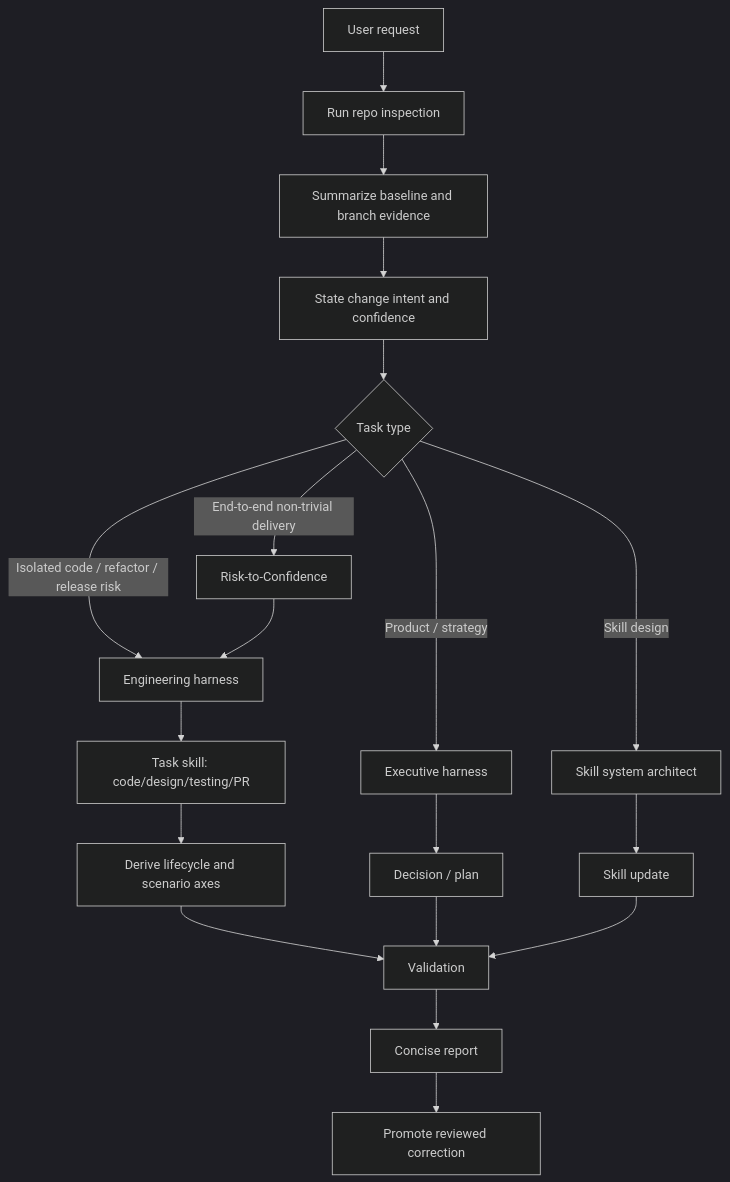
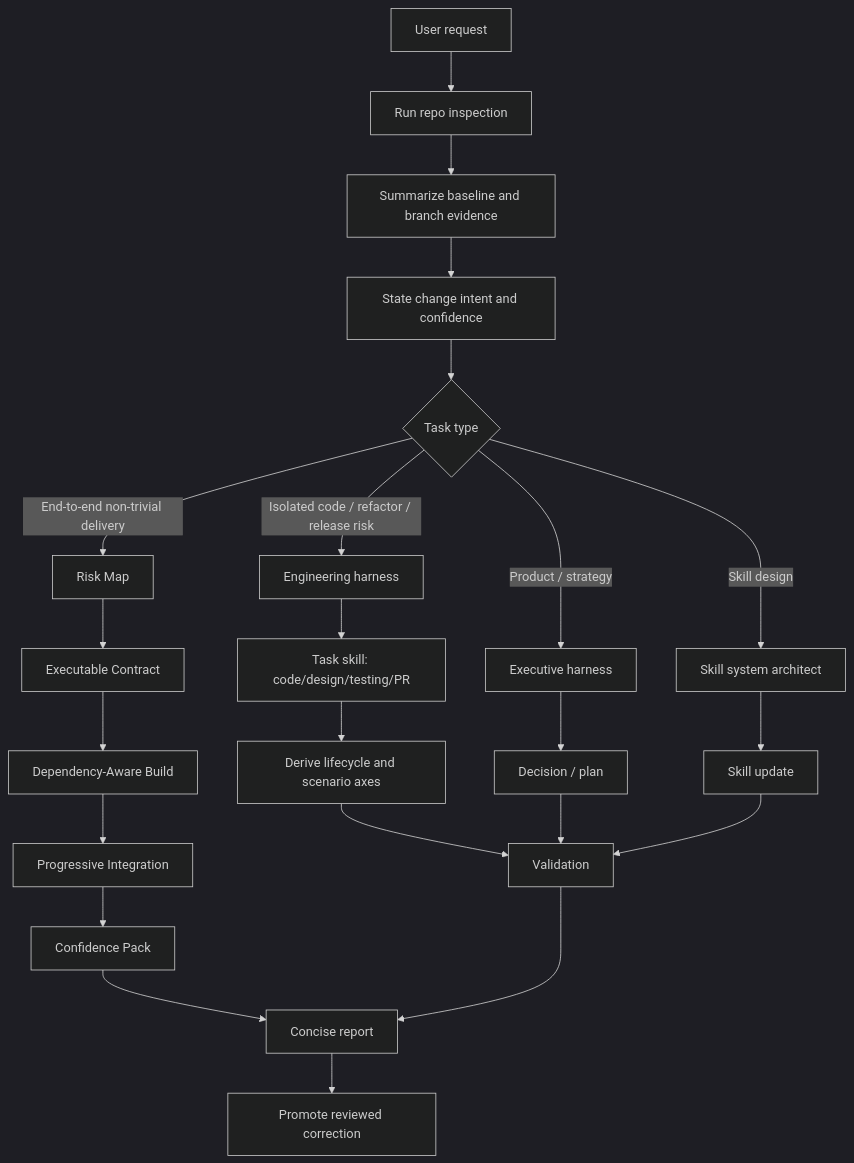
One commit to ivory-code/agents-configs changed the diagram in docs/UNIVERSAL_SKILLSET_BLUEPRINT.md. Above: the diagram before and after it, drawn with Mermaid (dark theme). The commit also changed other lines of this file and 21 other files, not shown here.

````diff
--- a/docs/UNIVERSAL_SKILLSET_BLUEPRINT.md
+++ b/docs/UNIVERSAL_SKILLSET_BLUEPRINT.md
@@ -55,21 +58,25 @@
 ```mermaid
 flowchart TD
     A[User request] --> B[Run repo inspection]
     B --> C[Summarize baseline and branch evidence]
     C --> C2[State change intent and confidence]
     C2 --> D{Task type}
     D -- Product / strategy --> E[Executive harness]
-    D -- End-to-end non-trivial delivery --> R[Risk-to-Confidence]
+    D -- End-to-end non-trivial delivery --> R1[Risk Map]
     D -- Isolated code / refactor / release risk --> F[Engineering harness]
     D -- Skill design --> G[Skill system architect]
-    R --> F
+    R1 --> R2[Executable Contract]
+    R2 --> R3[Dependency-Aware Build]
+    R3 --> R4[Progressive Integration]
+    R4 --> R5[Confidence Pack]
+    R5 --> L
     F --> H[Task skill: code/design/testing/PR]
     E --> I[Decision / plan]
     G --> J[Skill update]
     H --> H2[Derive lifecycle and scenario axes]
     H2 --> K[Validation]
     I --> K
     J --> K
     K --> L[Concise report]
     L --> M[Promote reviewed correction]
 ```
````
